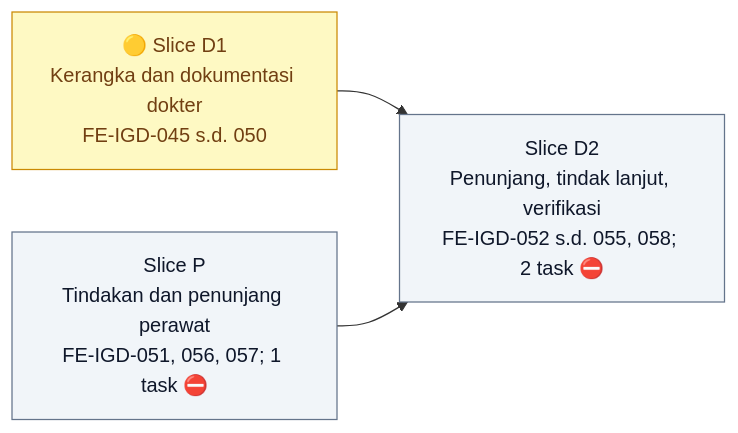
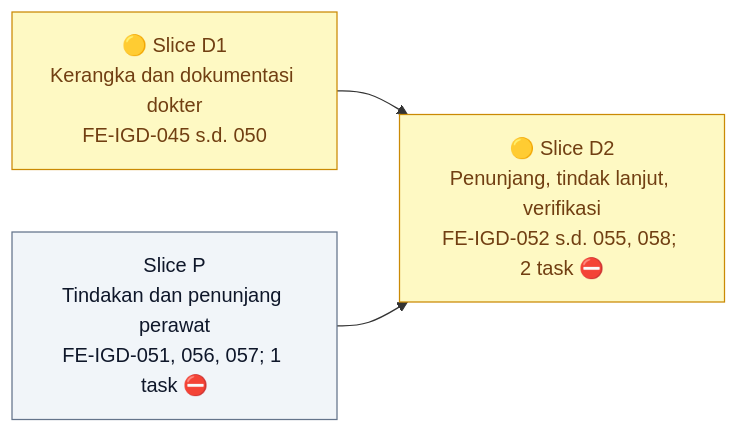
One commit to DevBenari/NewQuilvianSystemBackend changed diagram 15 of 19 in docs/module-blueprints/igd/roadmap/frontend-roadmap.md. Above: the diagram before and after it, drawn with Mermaid. The commit also changed other lines of this file and 4 other files, not shown here.

````diff
--- a/docs/module-blueprints/igd/roadmap/frontend-roadmap.md
+++ b/docs/module-blueprints/igd/roadmap/frontend-roadmap.md
@@ -2098,15 +2098,15 @@
 ```mermaid
 flowchart LR
     classDef selesai fill:#DCFCE7,stroke:#16A34A,color:#14532D
     classDef sebagian fill:#FEF9C3,stroke:#CA8A04,color:#713F12
     classDef terblokir fill:#FEE2E2,stroke:#DC2626,color:#7F1D1D
     classDef belum fill:#F1F5F9,stroke:#64748B,color:#0F172A
     classDef luar fill:#EDE9FE,stroke:#7C3AED,color:#3B0764
 
     SD1["🟡 Slice D1<br/>Kerangka dan dokumentasi dokter<br/>FE-IGD-045 s.d. 050"]:::sebagian
-    SD2["Slice D2<br/>Penunjang, tindak lanjut, verifikasi<br/>FE-IGD-052 s.d. 055, 058; 2 task ⛔"]:::belum
+    SD2["🟡 Slice D2<br/>Penunjang, tindak lanjut, verifikasi<br/>FE-IGD-052 s.d. 055, 058; 2 task ⛔"]:::sebagian
     SP["Slice P<br/>Tindakan dan penunjang perawat<br/>FE-IGD-051, 056, 057; 1 task ⛔"]:::belum
 
     SD1 --> SD2
     SP --> SD2
 ```
````
